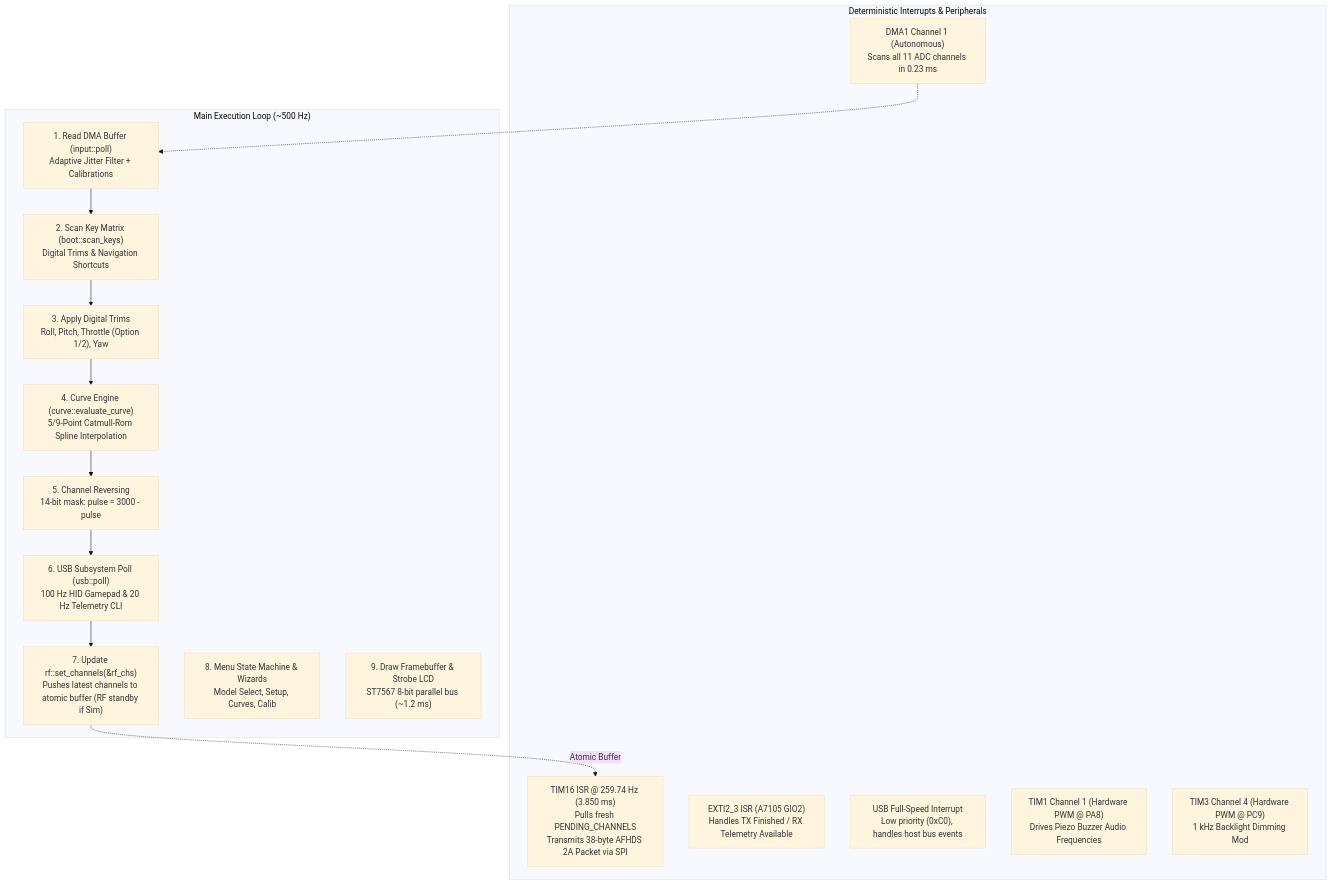
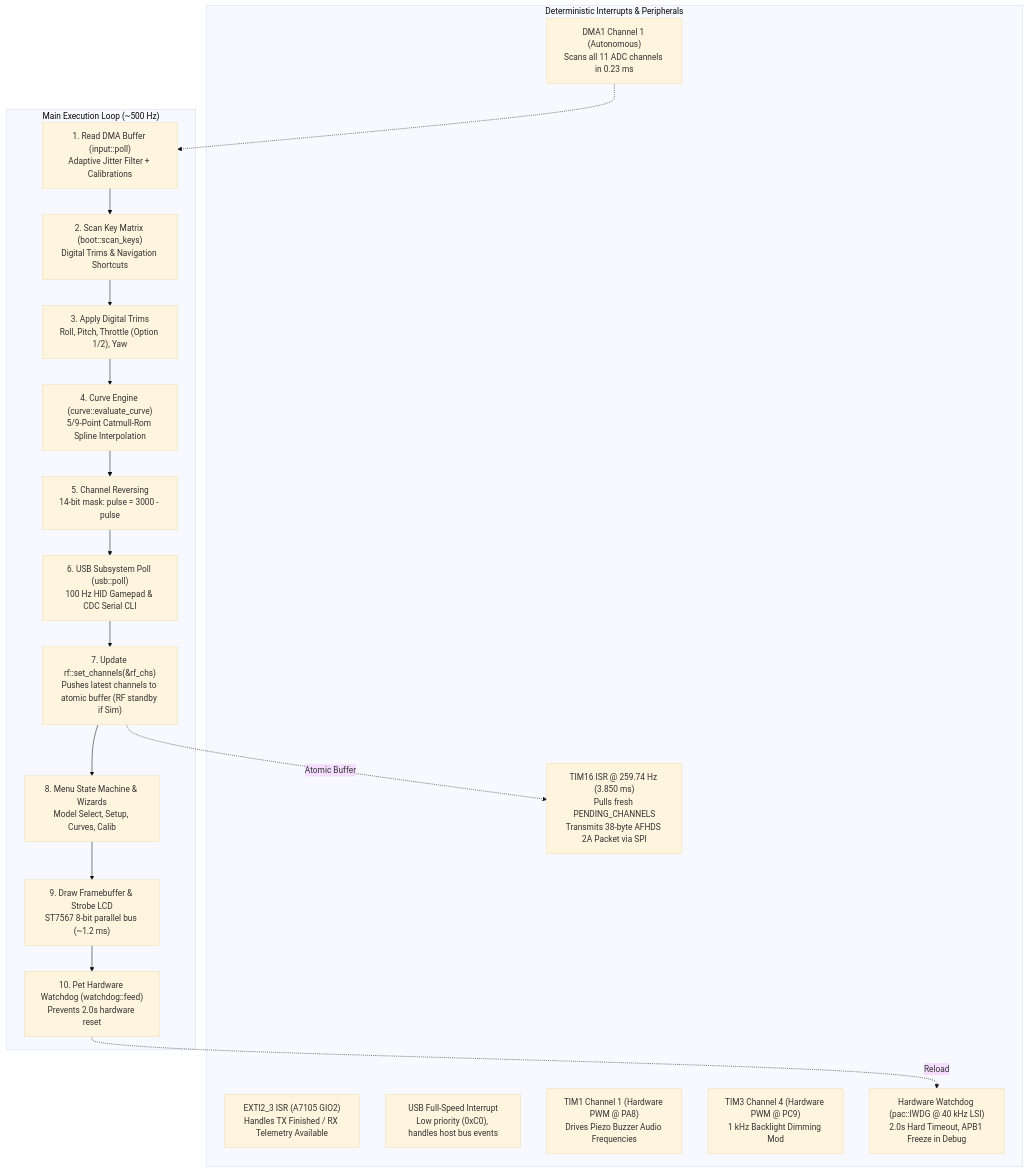
The diagram in docs/ARCHITECTURE.md (ferrox-rc/flysky-i6x-rs), drawn with Mermaid (base theme) before and after one commit. The commit also changed other lines of this file and 8 other files, not shown here.

Commit message:
docs: update system architecture, storage, hardware, and USB documentation

````diff
--- a/docs/ARCHITECTURE.md
+++ b/docs/ARCHITECTURE.md
@@ -23,27 +23,30 @@
 ```mermaid
 flowchart TD
     subgraph Hardware_Timers ["Deterministic Interrupts & Peripherals"]
         TIM16["TIM16 ISR @ 259.74 Hz (3.850 ms)<br>Pulls fresh PENDING_CHANNELS<br>Transmits 38-byte AFHDS 2A Packet via SPI"]
         EXTI["EXTI2_3 ISR (A7105 GIO2)<br>Handles TX Finished / RX Telemetry Available"]
         DMA["DMA1 Channel 1 (Autonomous)<br>Scans all 11 ADC channels in 0.23 ms"]
         USB_IRQ["USB Full-Speed Interrupt<br>Low priority (0xC0), handles host bus events"]
         PWM_Audio["TIM1 Channel 1 (Hardware PWM @ PA8)<br>Drives Piezo Buzzer Audio Frequencies"]
         PWM_BL["TIM3 Channel 4 (Hardware PWM @ PC9)<br>1 kHz Backlight Dimming Mod"]
+        IWDG["Hardware Watchdog (pac::IWDG @ 40 kHz LSI)<br>2.0s Hard Timeout, APB1 Freeze in Debug"]
     end
 
     subgraph Main_Thread ["Main Execution Loop (~500 Hz)"]
         ADC_Poll["1. Read DMA Buffer (input::poll)<br>Adaptive Jitter Filter + Calibrations"]
         Keys["2. Scan Key Matrix (boot::scan_keys)<br>Digital Trims & Navigation Shortcuts"]
         Trims["3. Apply Digital Trims<br>Roll, Pitch, Throttle (Option 1/2), Yaw"]
         Curves["4. Curve Engine (curve::evaluate_curve)<br>5/9-Point Catmull-Rom Spline Interpolation"]
         Rev["5. Channel Reversing<br>14-bit mask: pulse = 3000 - pulse"]
-        USB_Poll["6. USB Subsystem Poll (usb::poll)<br>100 Hz HID Gamepad & 20 Hz Telemetry CLI"]
+        USB_Poll["6. USB Subsystem Poll (usb::poll)<br>100 Hz HID Gamepad & CDC Serial CLI"]
         RF_Update["7. Update rf::set_channels(&rf_chs)<br>Pushes latest channels to atomic buffer (RF standby if Sim)"]
         Menu_Router["8. Menu State Machine & Wizards<br>Model Select, Setup, Curves, Calib"]
         LCD_Draw["9. Draw Framebuffer & Strobe LCD<br>ST7567 8-bit parallel bus (~1.2 ms)"]
+        WDT_Feed["10. Pet Hardware Watchdog (watchdog::feed)<br>Prevents 2.0s hardware reset"]
     end
 
     DMA -.-> ADC_Poll
-    ADC_Poll --> Keys --> Trims --> Curves --> Rev --> USB_Poll --> RF_Update
+    ADC_Poll --> Keys --> Trims --> Curves --> Rev --> USB_Poll --> RF_Update --> Menu_Router --> LCD_Draw --> WDT_Feed
     RF_Update -. Atomic Buffer .-> TIM16
+    WDT_Feed -. Reload .-> IWDG
 ```
````
